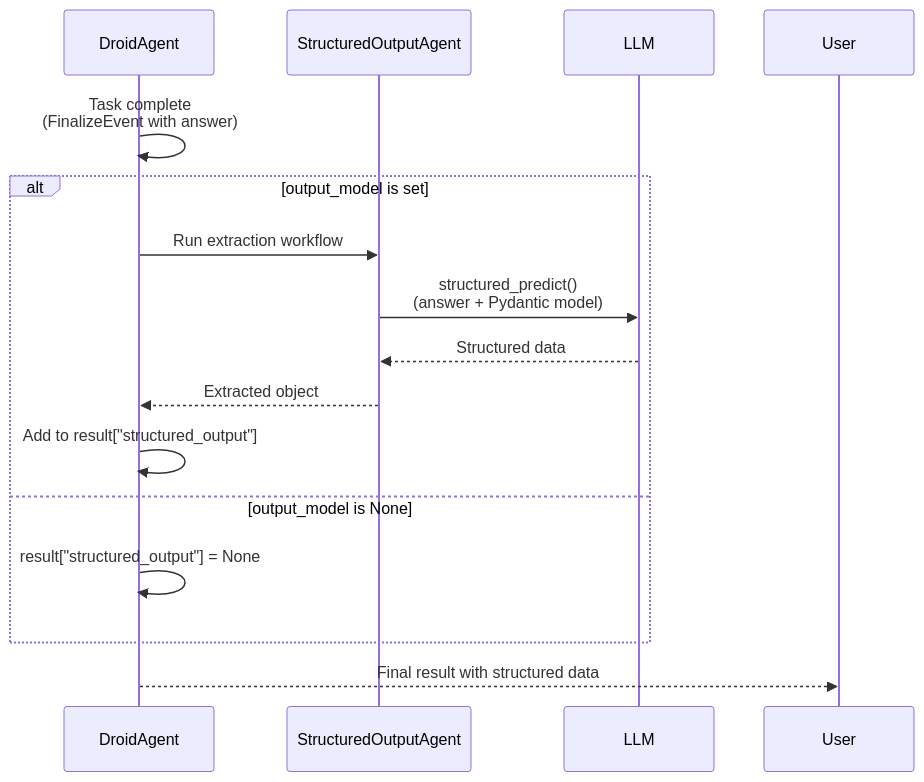
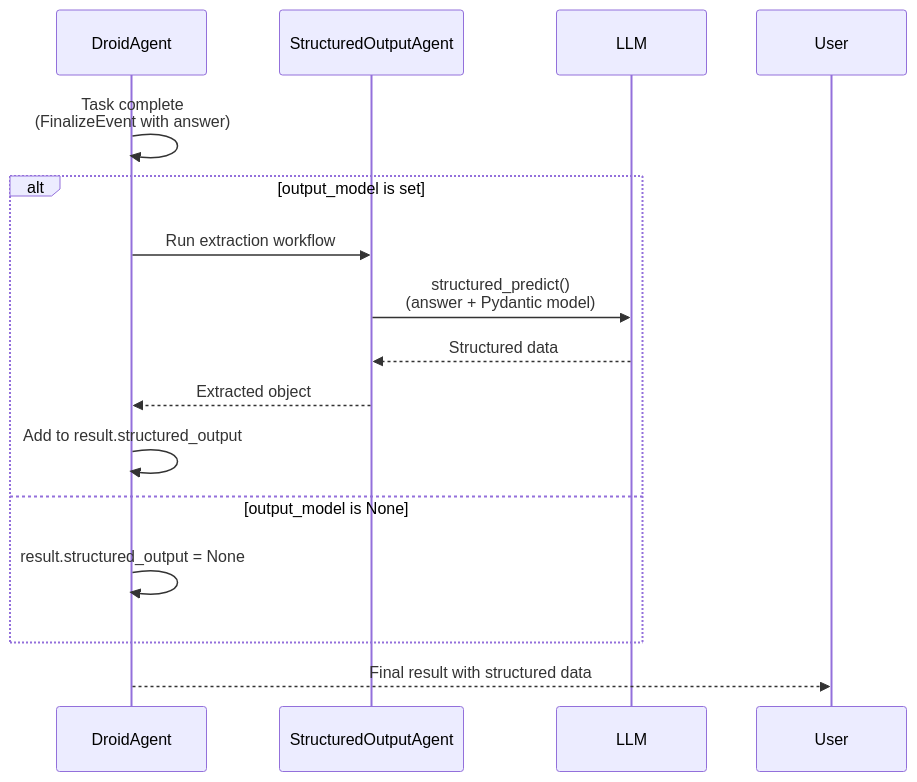
The seventh of 7 diagrams in docs/v4/concepts/architecture.mdx (rejigtian/droidrun-gui), drawn with Mermaid before and after one commit. The commit also changed other lines of this file and 18 other files, not shown here.

````diff
--- a/docs/v4/concepts/architecture.mdx
+++ b/docs/v4/concepts/architecture.mdx
@@ -787,20 +797,20 @@
 ```mermaid
 sequenceDiagram
     participant DA as DroidAgent
     participant SO as StructuredOutputAgent
     participant LLM as LLM
 
     DA->>DA: Task complete<br/>(FinalizeEvent with answer)
 
     alt output_model is set
         DA->>SO: Run extraction workflow
         SO->>LLM: structured_predict()<br/>(answer + Pydantic model)
         LLM-->>SO: Structured data
         SO-->>DA: Extracted object
-        DA->>DA: Add to result["structured_output"]
+        DA->>DA: Add to result.structured_output
     else output_model is None
-        DA->>DA: result["structured_output"] = None
+        DA->>DA: result.structured_output = None
     end
 
     DA-->>User: Final result with structured data
 ```
````
